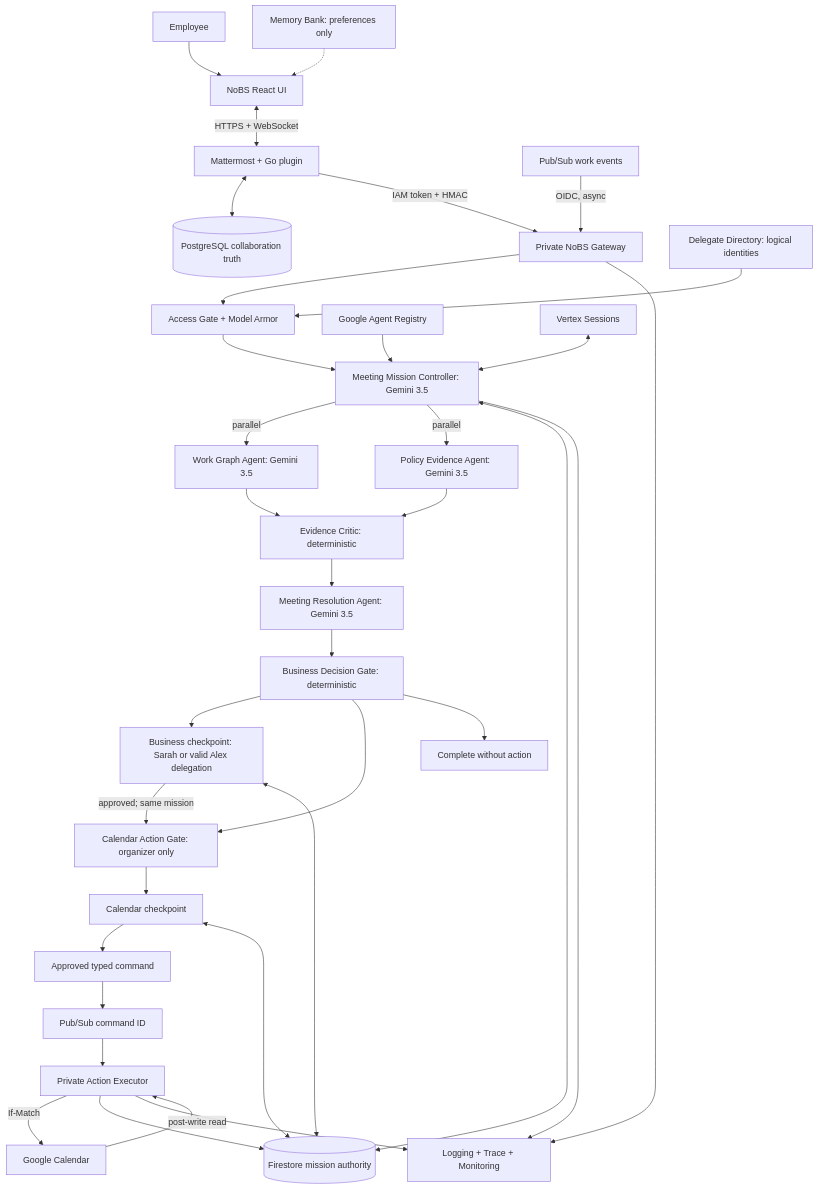
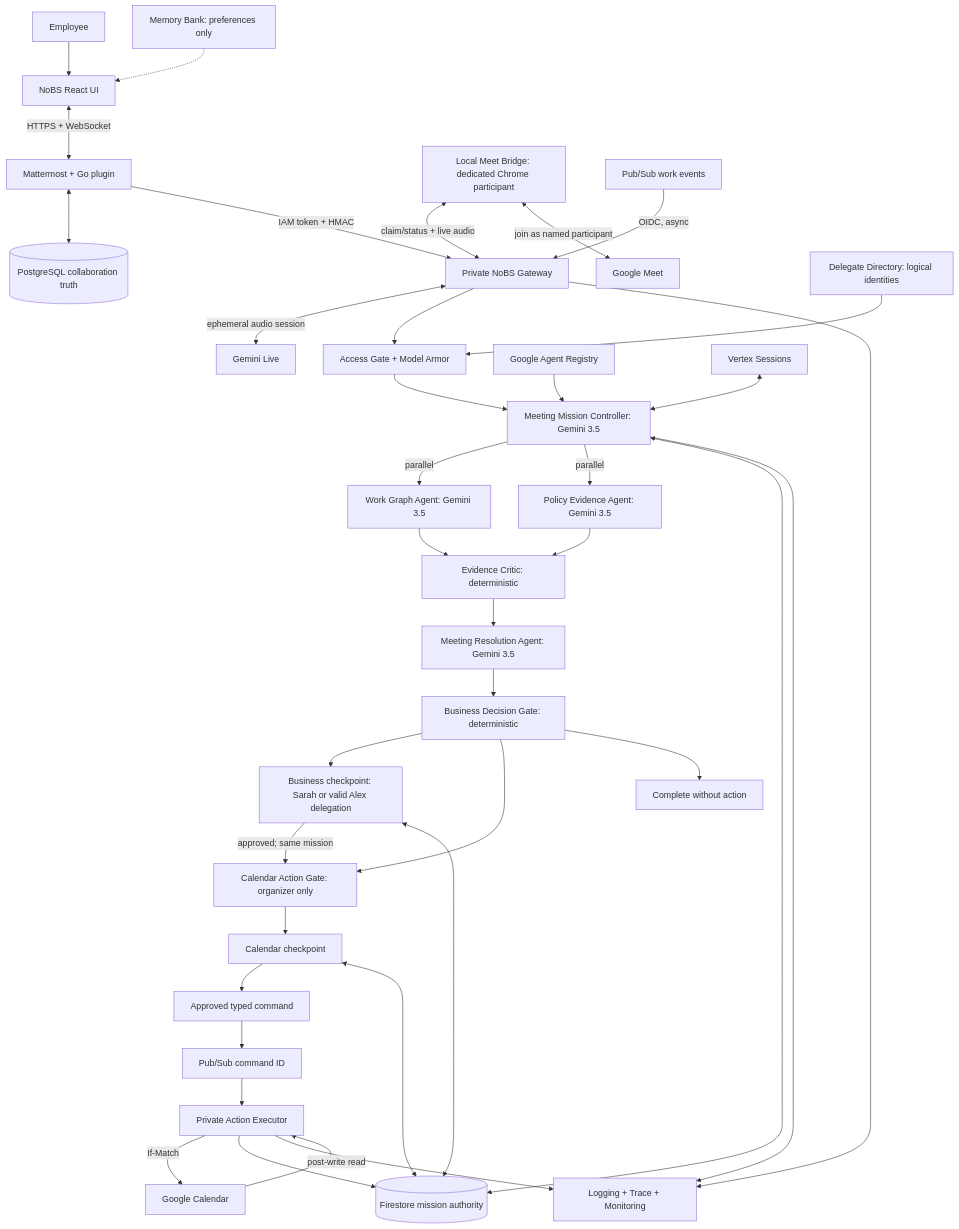
Before and after one commit to Shiv-aurora/nobs: the first of 4 diagrams in docs/ARCHITECTURE.md, drawn with Mermaid. The commit also changed other lines of this file and 61 other files, not shown here.

````diff
--- a/docs/ARCHITECTURE.md
+++ b/docs/ARCHITECTURE.md
@@ -5,37 +5,40 @@
 ```mermaid
 flowchart TB
   U[Employee] --> UI[NoBS React UI]
   UI <-->|HTTPS + WebSocket| MM[Mattermost + Go plugin]
   MM <--> PG[(PostgreSQL collaboration truth)]
   MM -->|IAM token + HMAC| GW[Private NoBS Gateway]
+  MB[Local Meet Bridge: dedicated Chrome participant] <-->|claim/status + live audio| GW
+  MB <-->|join as named participant| MEET[Google Meet]
+  GW <-->|ephemeral audio session| GL[Gemini Live]
   PS[Pub/Sub work events] -->|OIDC, async| GW
   GW --> AG[Access Gate + Model Armor]
   DD[Delegate Directory: logical identities] --> AG
   AG --> MC[Meeting Mission Controller: Gemini 3.5]
   MC -->|parallel| WG[Work Graph Agent: Gemini 3.5]
   MC -->|parallel| PE[Policy Evidence Agent: Gemini 3.5]
   WG --> EC[Evidence Critic: deterministic]
   PE --> EC
   EC --> MR[Meeting Resolution Agent: Gemini 3.5]
   MR --> BG[Business Decision Gate: deterministic]
   BG --> BHC[Business checkpoint: Sarah or valid Alex delegation]
   BG --> CG[Calendar Action Gate: organizer only]
   BHC -->|approved; same mission| CG
   BG --> DONE[Complete without action]
   CG --> CHC[Calendar checkpoint]
   CHC --> CB[Approved typed command]
   CB --> CQ[Pub/Sub command ID]
   CQ --> EX[Private Action Executor]
   EX -->|If-Match| CAL[Google Calendar]
   CAL -->|post-write read| EX
   EX --> FS[(Firestore mission authority)]
   MC <--> FS
   BHC <--> FS
   CHC <--> FS
   REG[Google Agent Registry] --> MC
   SES[Vertex Sessions] <--> MC
   MEM[Memory Bank: preferences only] -.-> UI
   GW --> OBS[Logging + Trace + Monitoring]
   MC --> OBS
   EX --> OBS
 ```
````
